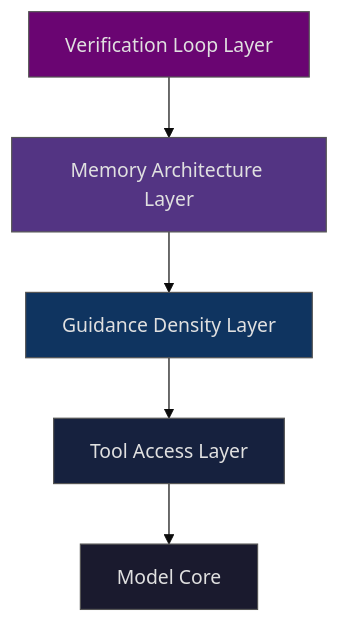
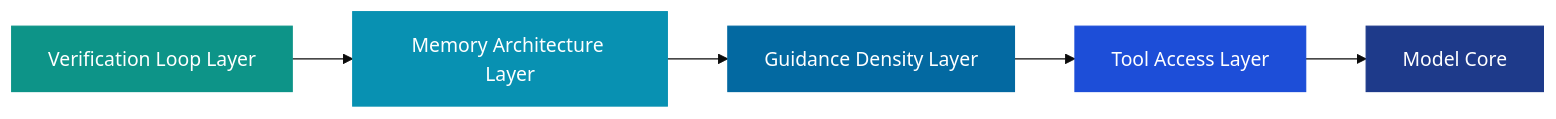
The diagram in notes/RelOps11 what-fails-when-you-misunderstand-harness.md (nilarkian/Saptak), drawn with Mermaid (base theme) before and after one commit. The commit also changed 3 other files, not shown here.

````diff
--- a/notes/RelOps11 what-fails-when-you-misunderstand-harness.md
+++ b/notes/RelOps11 what-fails-when-you-misunderstand-harness.md
@@ -122,14 +122,14 @@
 ```mermaid
-graph TD
+graph LR
     A["Model Core"]
     B["Tool Access Layer"]
     C["Guidance Density Layer"]
     D["Memory Architecture Layer"]
     E["Verification Loop Layer"]
     E --> D --> C --> B --> A
-    style A fill:#1a1a2e,color:#e0e0e0,stroke:#555
-    style B fill:#16213e,color:#e0e0e0,stroke:#555
-    style C fill:#0f3460,color:#e0e0e0,stroke:#555
-    style D fill:#533483,color:#e0e0e0,stroke:#555
-    style E fill:#6a0572,color:#e0e0e0,stroke:#555
+    style A fill:#1e3a8a,color:#fff,stroke:#1e3a8a
+    style B fill:#1d4ed8,color:#fff,stroke:#1d4ed8
+    style C fill:#0369a1,color:#fff,stroke:#0369a1
+    style D fill:#0891b2,color:#fff,stroke:#0891b2
+    style E fill:#0d9488,color:#fff,stroke:#0d9488
 ```
````
